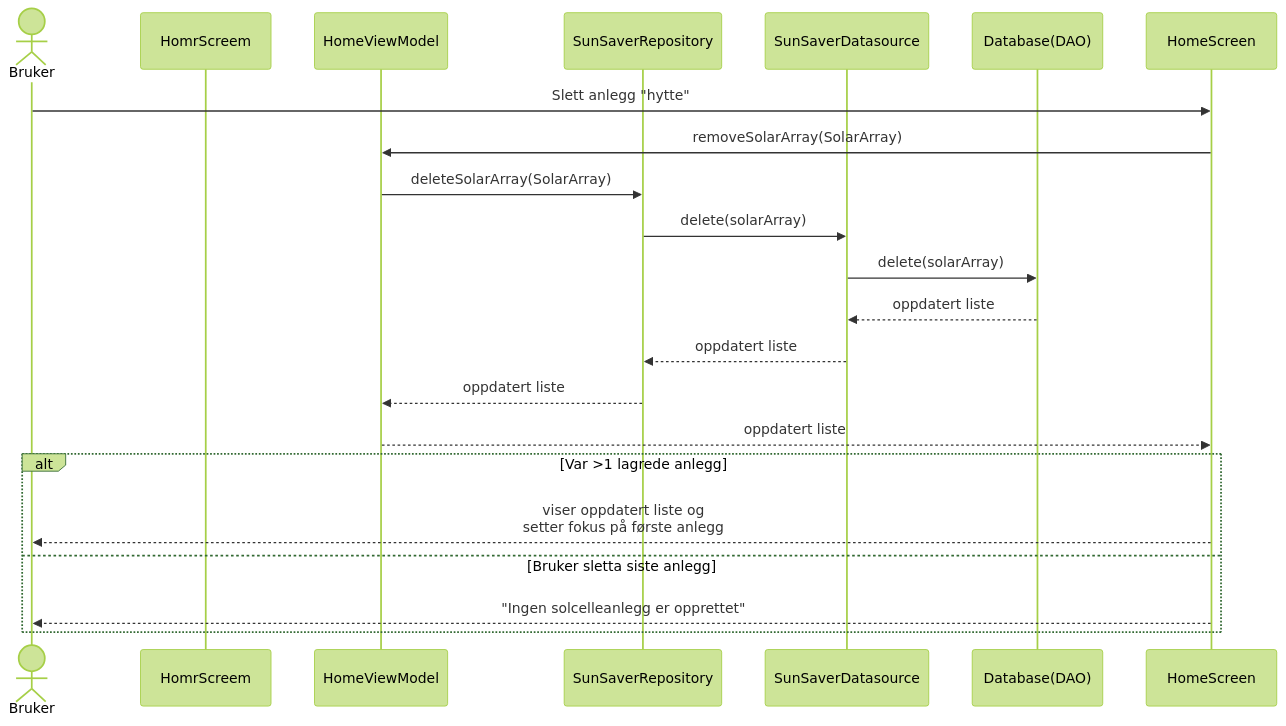
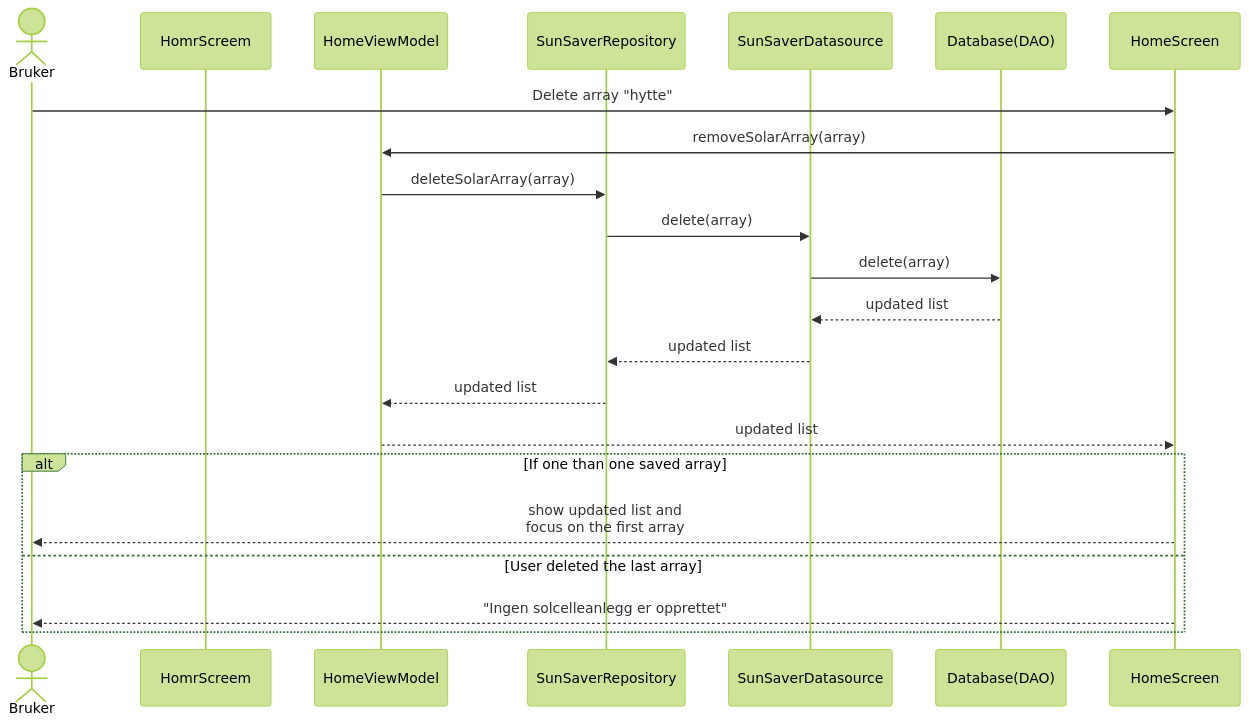
The third of 3 diagrams in MODELING.md (pragathiGopal25/SunSaver), drawn with Mermaid (forest theme) before and after one commit. The commit also changed other lines of this file and 1 other file, not shown here.

````diff
--- a/MODELING.md
+++ b/MODELING.md
@@ -507,26 +507,26 @@
 ```mermaid
 sequenceDiagram
     actor Bruker
     participant HomrScreem
     participant HomeViewModel
     participant SunSaverRepository
     participant SunSaverDatasource
     participant Database(DAO)
 
-    Bruker ->> HomeScreen: Slett anlegg "hytte"
-    HomeScreen ->> HomeViewModel: removeSolarArray(SolarArray)
-    HomeViewModel ->> SunSaverRepository: deleteSolarArray(SolarArray)
-	SunSaverRepository ->> SunSaverDatasource: delete(solarArray)
-	SunSaverDatasource ->> Database(DAO): delete(solarArray) 
+    Bruker ->> HomeScreen: Delete array "hytte"
+    HomeScreen ->> HomeViewModel: removeSolarArray(array)
+    HomeViewModel ->> SunSaverRepository: deleteSolarArray(array)
+	SunSaverRepository ->> SunSaverDatasource: delete(array)
+	SunSaverDatasource ->> Database(DAO): delete(array) 
 	
-	Database(DAO) -->> SunSaverDatasource: oppdatert liste 
-	SunSaverDatasource -->> SunSaverRepository: oppdatert liste
-	SunSaverRepository -->> HomeViewModel: oppdatert liste
-	HomeViewModel -->> HomeScreen: oppdatert liste
+	Database(DAO) -->> SunSaverDatasource: updated list 
+	SunSaverDatasource -->> SunSaverRepository: updated list
+	SunSaverRepository -->> HomeViewModel: updated list
+	HomeViewModel -->> HomeScreen: updated list
     
-    alt Var >1 lagrede anlegg
-        HomeScreen -->> Bruker: viser oppdatert liste og <br/>setter fokus på første anlegg
-    else Bruker sletta siste anlegg 
+    alt If one than one saved array
+        HomeScreen -->> Bruker: show updated list and <br/> focus on the first array
+    else User deleted the last array
         HomeScreen -->> Bruker: "Ingen solcelleanlegg er opprettet"
     end
 ```
````
